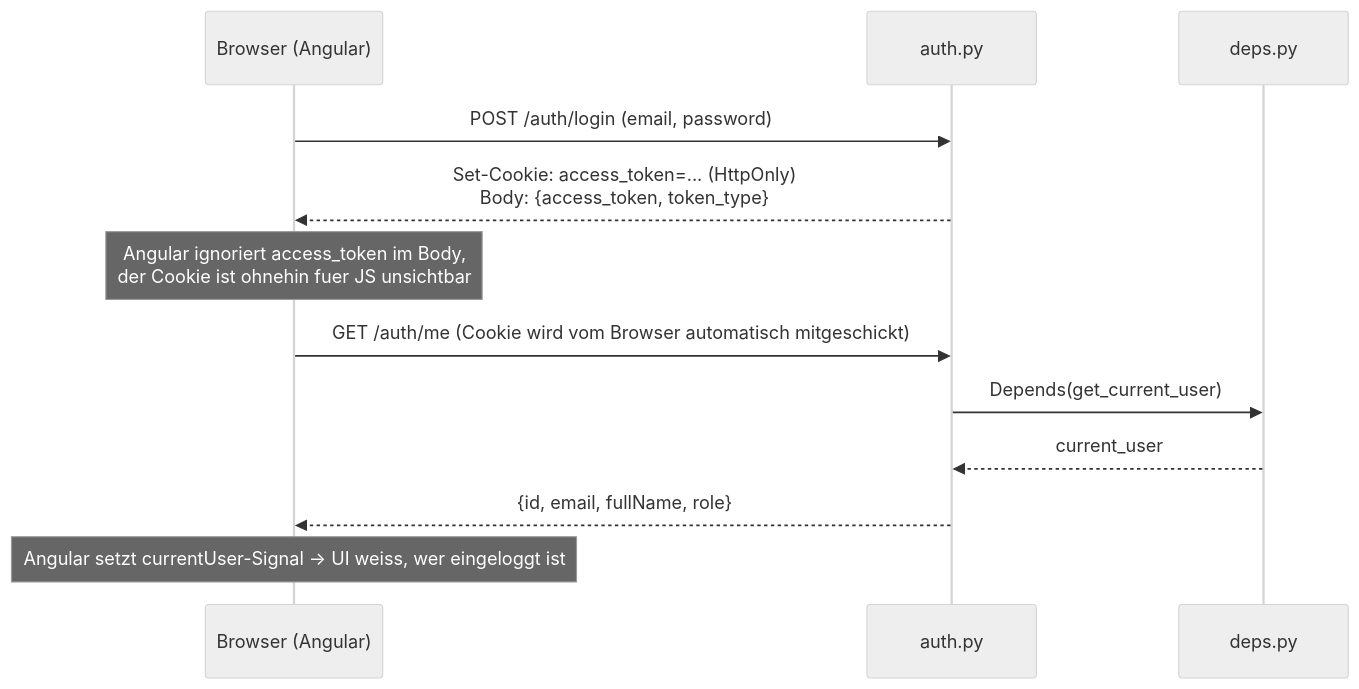
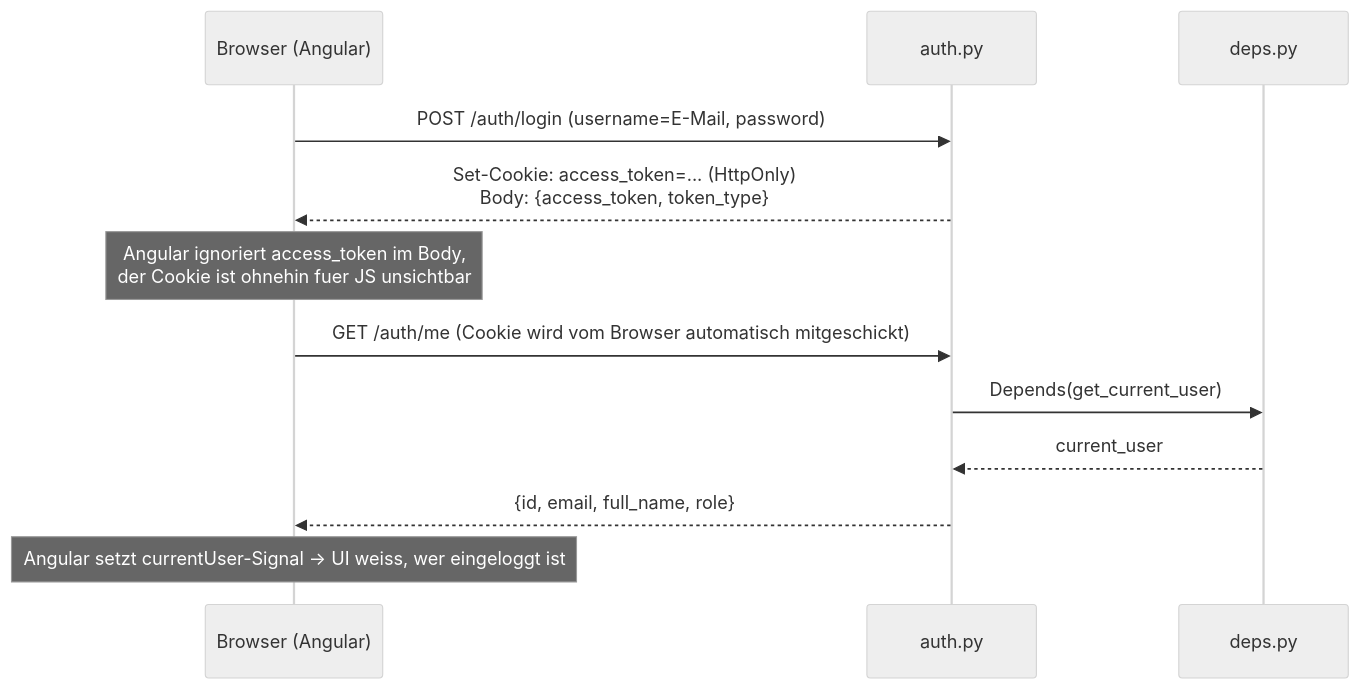
The fourth of 4 diagrams in docs/architektur-und-konzepte.md (okankpl/SmartDesk), drawn with Mermaid (neutral theme) before and after one commit. The commit also changed other lines of this file and 13 other files, not shown here.

````diff
--- a/docs/architektur-und-konzepte.md
+++ b/docs/architektur-und-konzepte.md
@@ -354,16 +371,16 @@
 ```mermaid
 sequenceDiagram
     participant B as Browser (Angular)
     participant A as auth.py
     participant D as deps.py
 
-    B->>A: POST /auth/login (email, password)
+    B->>A: POST /auth/login (username=E-Mail, password)
     A-->>B: Set-Cookie: access_token=... (HttpOnly)<br/>Body: {access_token, token_type}
     Note over B: Angular ignoriert access_token im Body,<br/>der Cookie ist ohnehin fuer JS unsichtbar
 
     B->>A: GET /auth/me (Cookie wird vom Browser automatisch mitgeschickt)
     A->>D: Depends(get_current_user)
     D-->>A: current_user
-    A-->>B: {id, email, fullName, role}
+    A-->>B: {id, email, full_name, role}
     Note over B: Angular setzt currentUser-Signal -> UI weiss, wer eingeloggt ist
 ```
````
